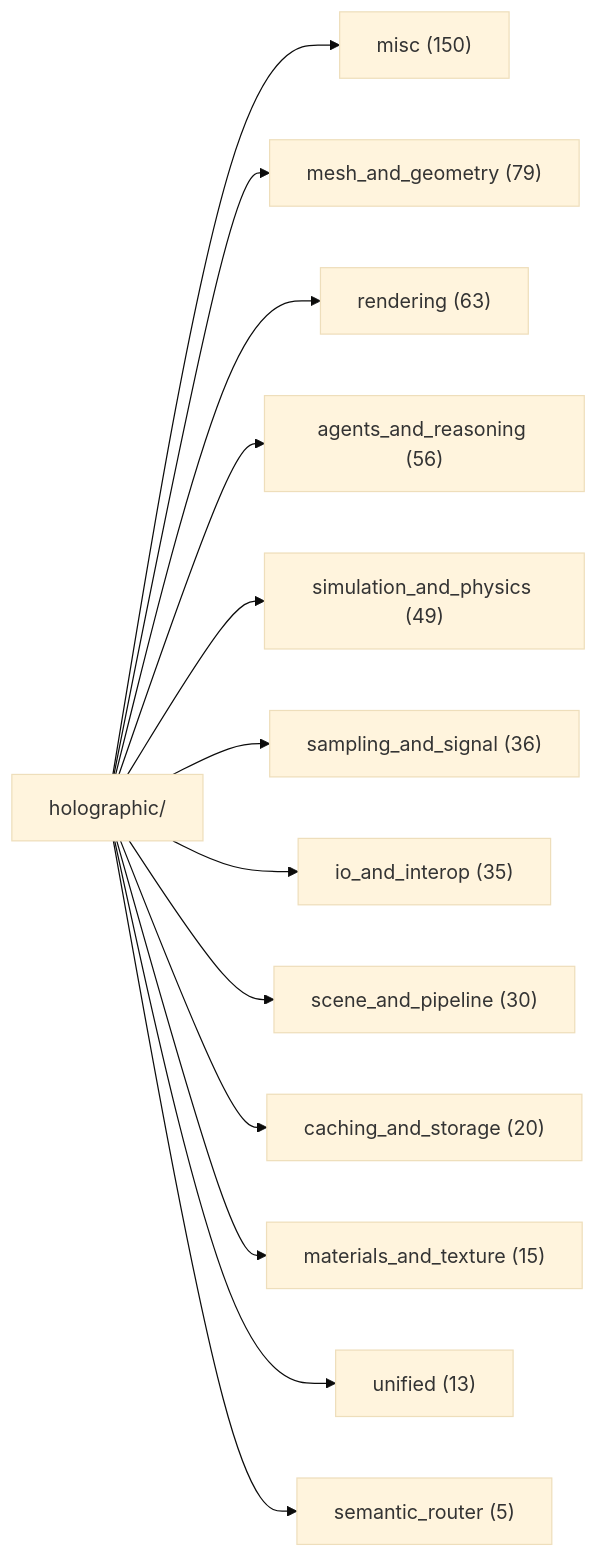
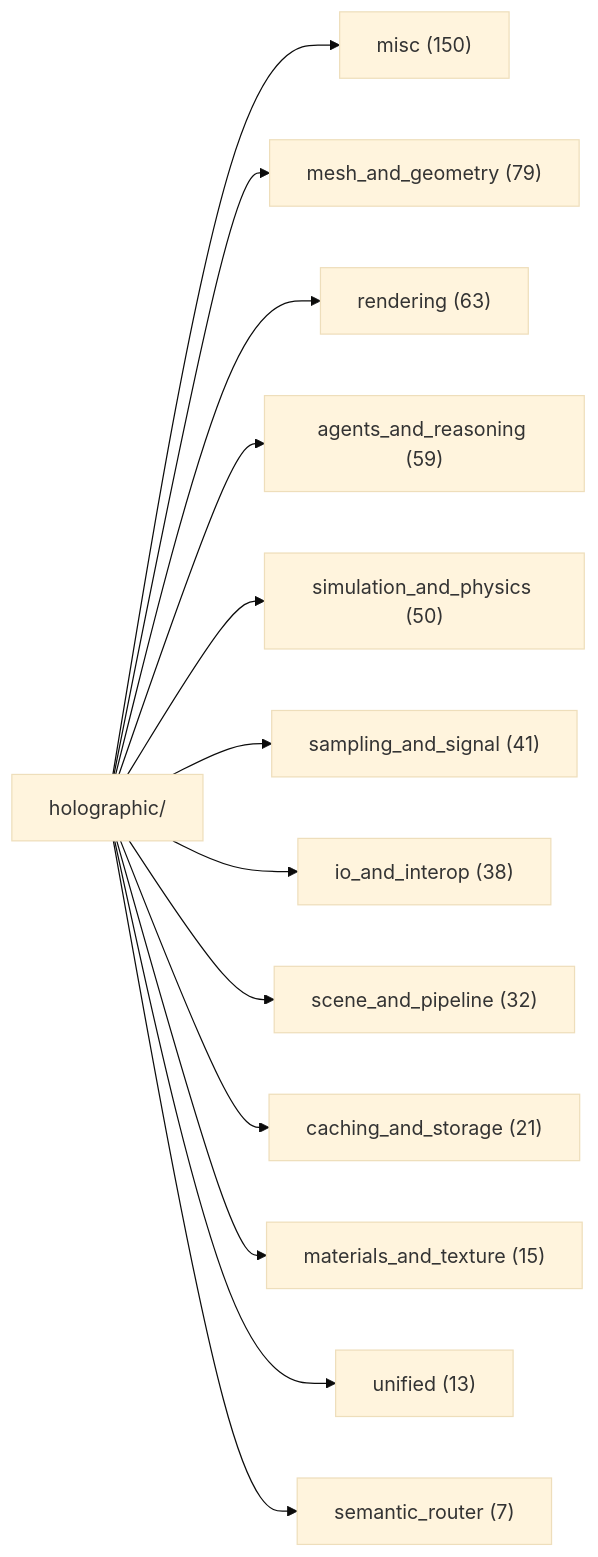
One commit to AnOversizedMooseWithSocks/leCore changed the first of 2 diagrams in docs/DOC_MAP.md. Above: the diagram before and after it, drawn with Mermaid (base theme). The commit also changed other lines of this file and 86 other files, not shown here.

````diff
--- a/docs/DOC_MAP.md
+++ b/docs/DOC_MAP.md
@@ -35,16 +35,16 @@
 ```mermaid
 graph LR
     H[holographic/]
     H --> misc["misc (150)"]
     H --> mesh["mesh_and_geometry (79)"]
     H --> rend["rendering (63)"]
-    H --> agen["agents_and_reasoning (56)"]
-    H --> simu["simulation_and_physics (49)"]
-    H --> samp["sampling_and_signal (36)"]
-    H --> io_a["io_and_interop (35)"]
-    H --> scen["scene_and_pipeline (30)"]
-    H --> cach["caching_and_storage (20)"]
+    H --> agen["agents_and_reasoning (59)"]
+    H --> simu["simulation_and_physics (50)"]
+    H --> samp["sampling_and_signal (41)"]
+    H --> io_a["io_and_interop (38)"]
+    H --> scen["scene_and_pipeline (32)"]
+    H --> cach["caching_and_storage (21)"]
     H --> mate["materials_and_texture (15)"]
     H --> unif["unified (13)"]
-    H --> sema["semantic_router (5)"]
+    H --> sema["semantic_router (7)"]
 ```
````
